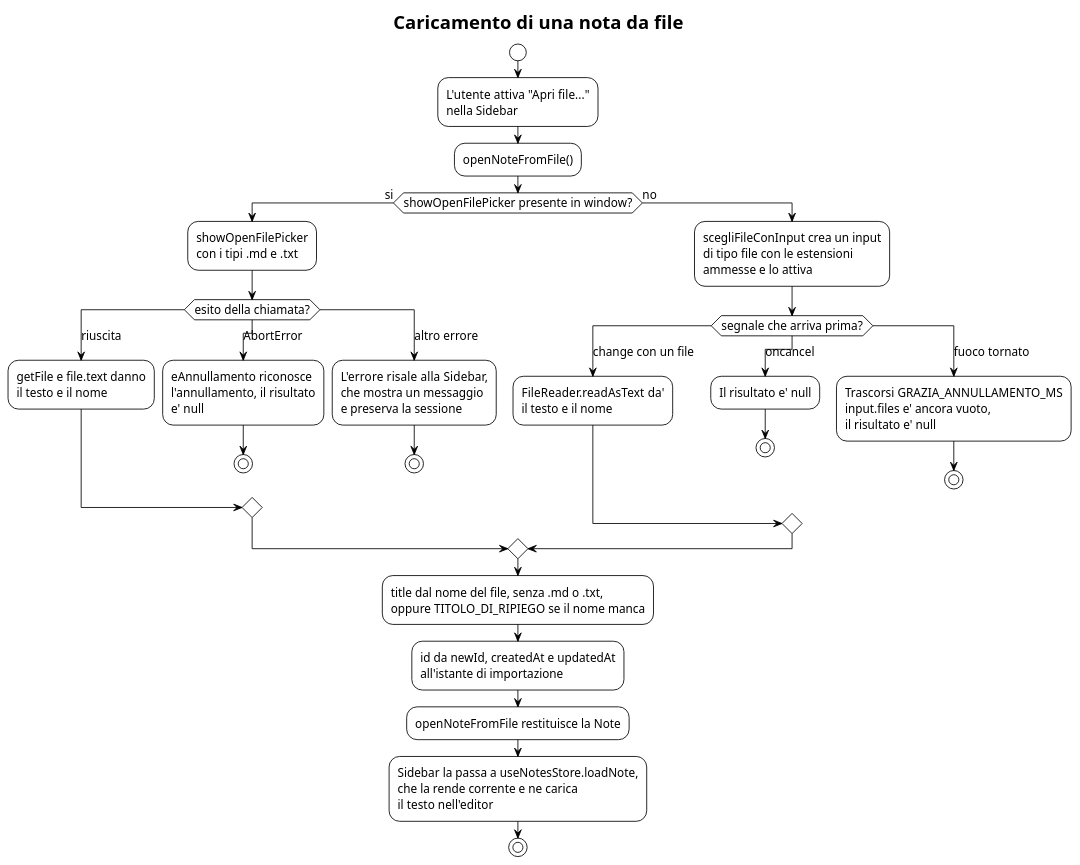
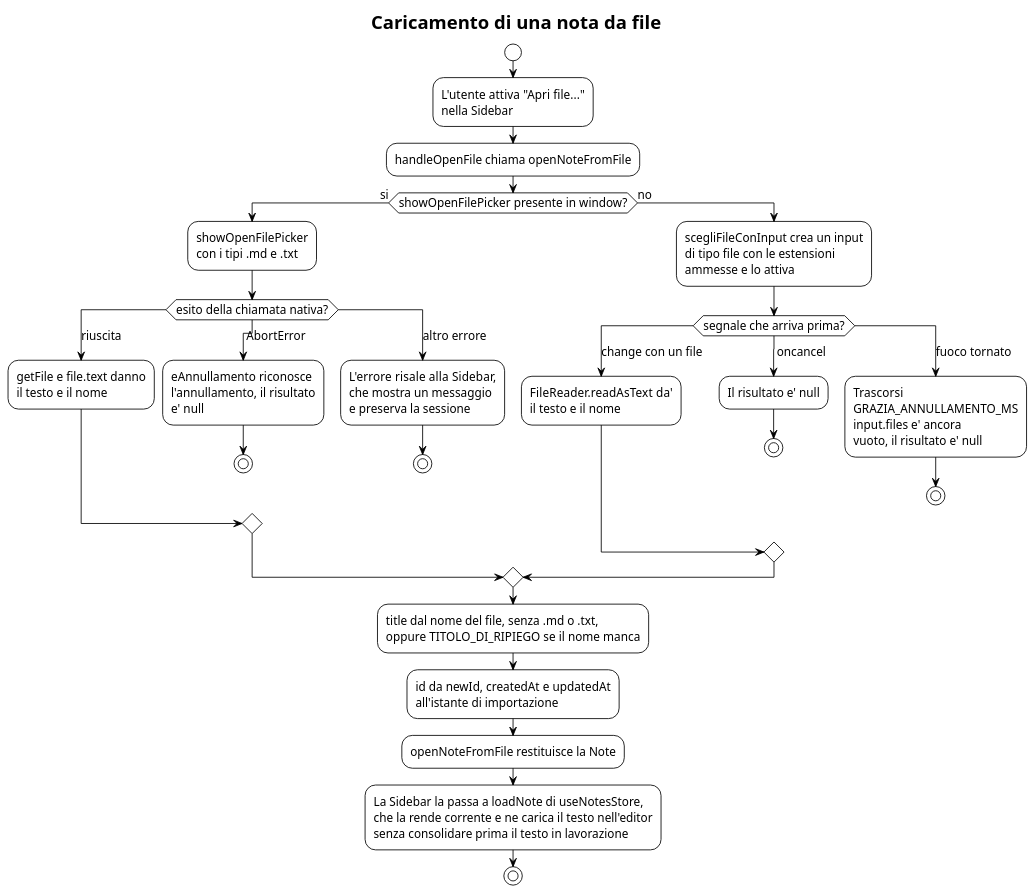
One commit to thebitless-group-swe/thebitless.github.io changed the diagram in PB/doc_esterna/specifica_tecnica/assets/plantuml/UML4.4.1-3.puml. Above: the diagram before and after it, drawn with PlantUML. The commit also changed 15 other files, not shown here.

Commit message:
fix(ST): sistema diagrammi UML capitolo 4.4 e coerenza con relativo testo

```diff
--- a/PB/doc_esterna/specifica_tecnica/assets/plantuml/UML4.4.1-3.puml
+++ b/PB/doc_esterna/specifica_tecnica/assets/plantuml/UML4.4.1-3.puml
@@ -1,76 +1,77 @@
 @startuml
 !theme plain
 hide circle
 skinparam classAttributeIconSize 0
 skinparam shadowing false
 skinparam nodesep 45
 skinparam ranksep 60
 skinparam defaultFontSize 14
 
 title Caricamento di una nota da file
 
 start
 
 :L'utente attiva "Apri file..."
 nella Sidebar;
 
-:openNoteFromFile();
+:handleOpenFile chiama openNoteFromFile;
 
 if (showOpenFilePicker presente in window?) then (si)
 
   :showOpenFilePicker
   con i tipi .md e .txt;
 
-  switch (esito della chiamata?)
+  switch (esito della chiamata nativa?)
   case (riuscita)
     :getFile e file.text danno
     il testo e il nome;
-  case (AbortError)
+  case ( AbortError)
     :eAnnullamento riconosce
     l'annullamento, il risultato
     e' null;
     stop
   case (altro errore)
     :L'errore risale alla Sidebar,
     che mostra un messaggio
     e preserva la sessione;
     stop
   endswitch
 
 else (no)
 
   :scegliFileConInput crea un input
   di tipo file con le estensioni
   ammesse e lo attiva;
 
   switch (segnale che arriva prima?)
   case (change con un file)
     :FileReader.readAsText da'
     il testo e il nome;
-  case (oncancel)
+  case ( oncancel)
     :Il risultato e' null;
     stop
   case (fuoco tornato)
-    :Trascorsi GRAZIA_ANNULLAMENTO_MS
-    input.files e' ancora vuoto,
-    il risultato e' null;
+    :Trascorsi
+    GRAZIA_ANNULLAMENTO_MS
+    input.files e' ancora
+    vuoto, il risultato e' null;
     stop
   endswitch
 
 endif
 
 :title dal nome del file, senza .md o .txt,
 oppure TITOLO_DI_RIPIEGO se il nome manca;
 
 :id da newId, createdAt e updatedAt
 all'istante di importazione;
 
 :openNoteFromFile restituisce la Note;
 
-:Sidebar la passa a useNotesStore.loadNote,
-che la rende corrente e ne carica
-il testo nell'editor;
+:La Sidebar la passa a loadNote di useNotesStore,
+che la rende corrente e ne carica il testo nell'editor
+senza consolidare prima il testo in lavorazione;
 
 stop
 
 @enduml
```
